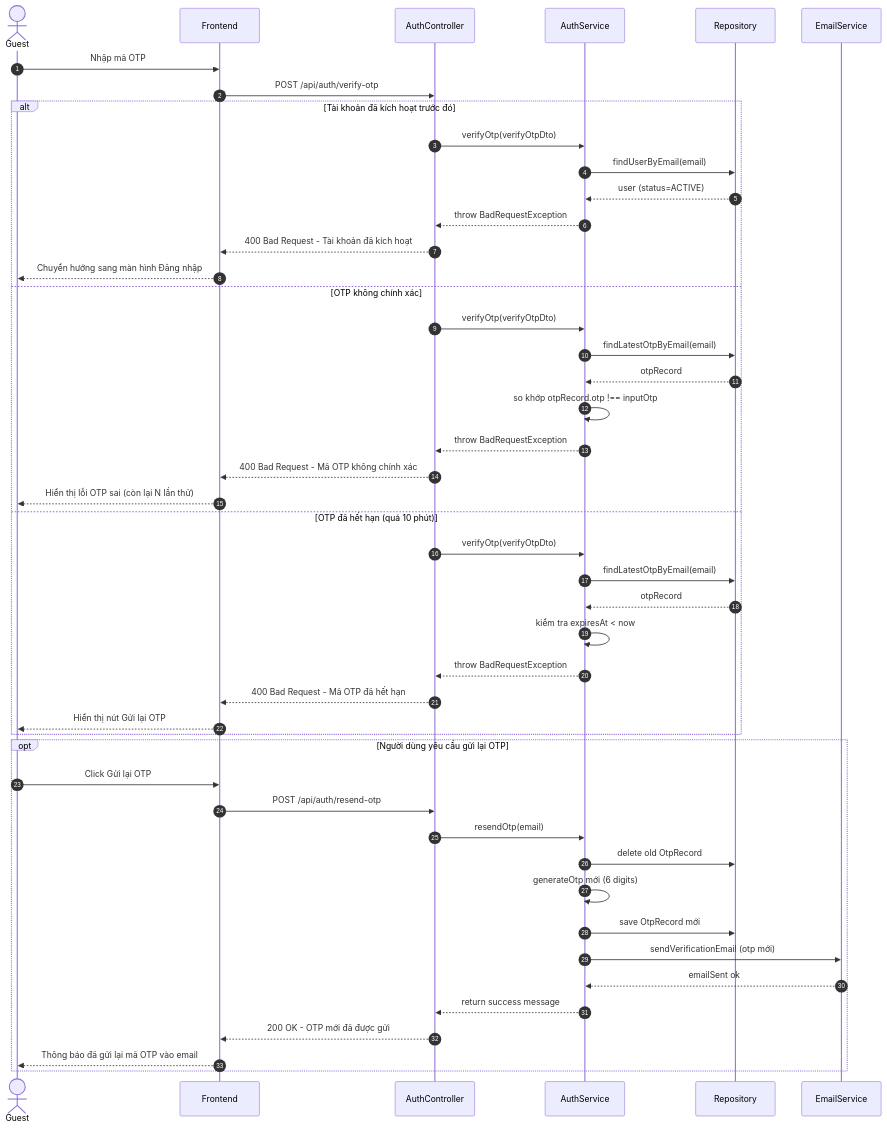
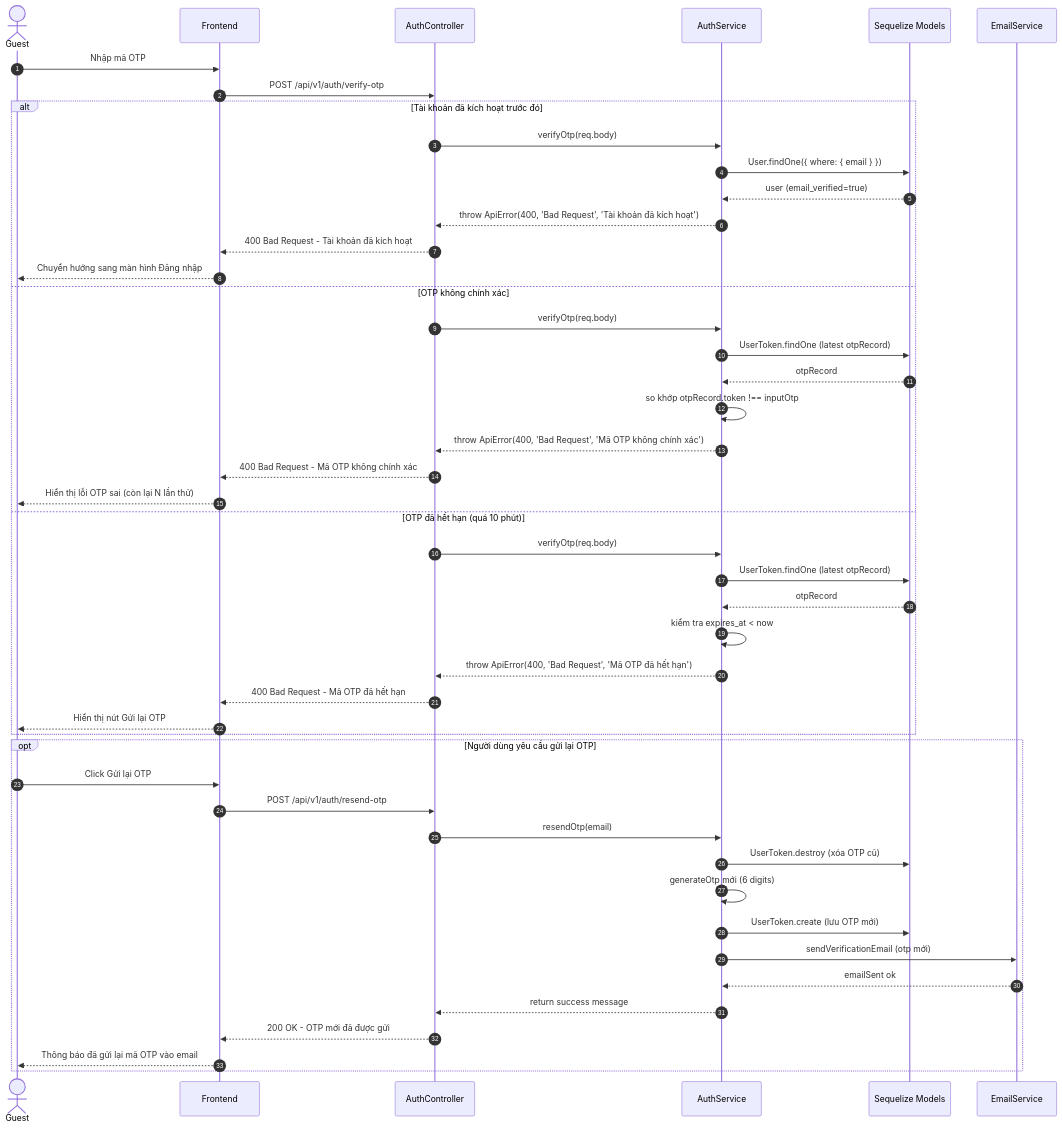
The fourth of 4 diagrams in docs/sequences/seq-auth-001.md (dunghvd79/eduverse), drawn with Mermaid before and after one commit. The commit also changed other lines of this file and 11 other files, not shown here.

Commit message:
docs: synchronize sequence diagrams and API conventions to Express.js and Sequelize

````diff
--- a/docs/sequences/seq-auth-001.md
+++ b/docs/sequences/seq-auth-001.md
@@ -121,52 +125,52 @@
 ```mermaid
 sequenceDiagram
     autonumber
     actor User as Guest
     participant FE as Frontend
     participant CTRL as AuthController
     participant SVC as AuthService
-    participant DB as Repository
+    participant DB as Sequelize Models
     participant EXT as EmailService
 
     User->>FE: Nhập mã OTP
-    FE->>CTRL: POST /api/auth/verify-otp
+    FE->>CTRL: POST /api/v1/auth/verify-otp
 
     alt Tài khoản đã kích hoạt trước đó
-        CTRL->>SVC: verifyOtp(verifyOtpDto)
-        SVC->>DB: findUserByEmail(email)
-        DB-->>SVC: user (status=ACTIVE)
-        SVC-->>CTRL: throw BadRequestException
+        CTRL->>SVC: verifyOtp(req.body)
+        SVC->>DB: User.findOne({ where: { email } })
+        DB-->>SVC: user (email_verified=true)
+        SVC-->>CTRL: throw ApiError(400, 'Bad Request', 'Tài khoản đã kích hoạt')
         CTRL-->>FE: 400 Bad Request - Tài khoản đã kích hoạt
         FE-->>User: Chuyển hướng sang màn hình Đăng nhập
     else OTP không chính xác
-        CTRL->>SVC: verifyOtp(verifyOtpDto)
-        SVC->>DB: findLatestOtpByEmail(email)
+        CTRL->>SVC: verifyOtp(req.body)
+        SVC->>DB: UserToken.findOne (latest otpRecord)
         DB-->>SVC: otpRecord
-        SVC->>SVC: so khớp otpRecord.otp !== inputOtp
-        SVC-->>CTRL: throw BadRequestException
+        SVC->>SVC: so khớp otpRecord.token !== inputOtp
+        SVC-->>CTRL: throw ApiError(400, 'Bad Request', 'Mã OTP không chính xác')
         CTRL-->>FE: 400 Bad Request - Mã OTP không chính xác
         FE-->>User: Hiển thị lỗi OTP sai (còn lại N lần thử)
     else OTP đã hết hạn (quá 10 phút)
-        CTRL->>SVC: verifyOtp(verifyOtpDto)
-        SVC->>DB: findLatestOtpByEmail(email)
+        CTRL->>SVC: verifyOtp(req.body)
+        SVC->>DB: UserToken.findOne (latest otpRecord)
         DB-->>SVC: otpRecord
-        SVC->>SVC: kiểm tra expiresAt < now
-        SVC-->>CTRL: throw BadRequestException
+        SVC->>SVC: kiểm tra expires_at < now
+        SVC-->>CTRL: throw ApiError(400, 'Bad Request', 'Mã OTP đã hết hạn')
         CTRL-->>FE: 400 Bad Request - Mã OTP đã hết hạn
         FE-->>User: Hiển thị nút Gửi lại OTP
     end
 
     opt Người dùng yêu cầu gửi lại OTP
         User->>FE: Click Gửi lại OTP
-        FE->>CTRL: POST /api/auth/resend-otp
+        FE->>CTRL: POST /api/v1/auth/resend-otp
         CTRL->>SVC: resendOtp(email)
-        SVC->>DB: delete old OtpRecord
+        SVC->>DB: UserToken.destroy (xóa OTP cũ)
         SVC->>SVC: generateOtp mới (6 digits)
-        SVC->>DB: save OtpRecord mới
+        SVC->>DB: UserToken.create (lưu OTP mới)
         SVC->>EXT: sendVerificationEmail (otp mới)
         EXT-->>SVC: emailSent ok
         SVC-->>CTRL: return success message
         CTRL-->>FE: 200 OK - OTP mới đã được gửi
         FE-->>User: Thông báo đã gửi lại mã OTP vào email
     end
 ```
````
